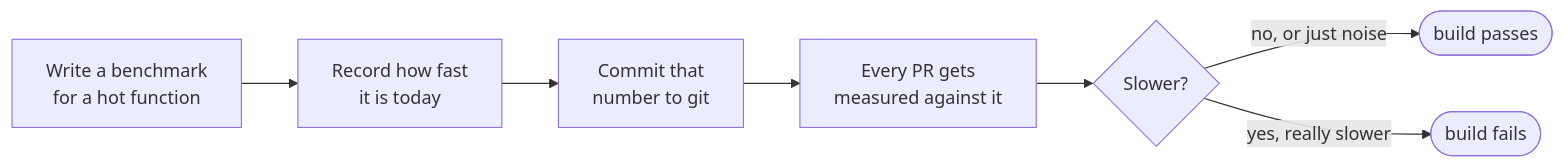
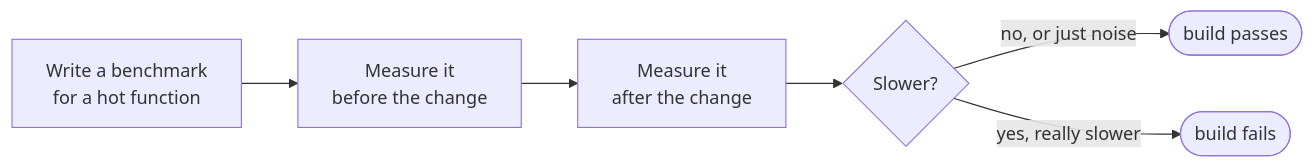
One commit to shahzainshafique/benchguard changed the first of 3 diagrams in README.md. Above: the diagram before and after it, drawn with Mermaid. The commit also changed other lines of this file and 6 other files, not shown here.

````diff
--- a/README.md
+++ b/README.md
@@ -54,9 +53,8 @@
 ```mermaid
 flowchart LR
-    A[Write a benchmark<br/>for a hot function] --> B[Record how fast<br/>it is today]
-    B --> C[Commit that<br/>number to git]
-    C --> D[Every PR gets<br/>measured against it]
-    D --> E{Slower?}
-    E -->|"no, or just noise"| F([build passes])
-    E -->|"yes, really slower"| G([build fails])
+    A[Write a benchmark<br/>for a hot function] --> B[Measure it<br/>before the change]
+    B --> C[Measure it<br/>after the change]
+    C --> D{Slower?}
+    D -->|"no, or just noise"| F([build passes])
+    D -->|"yes, really slower"| G([build fails])
 ```
````
